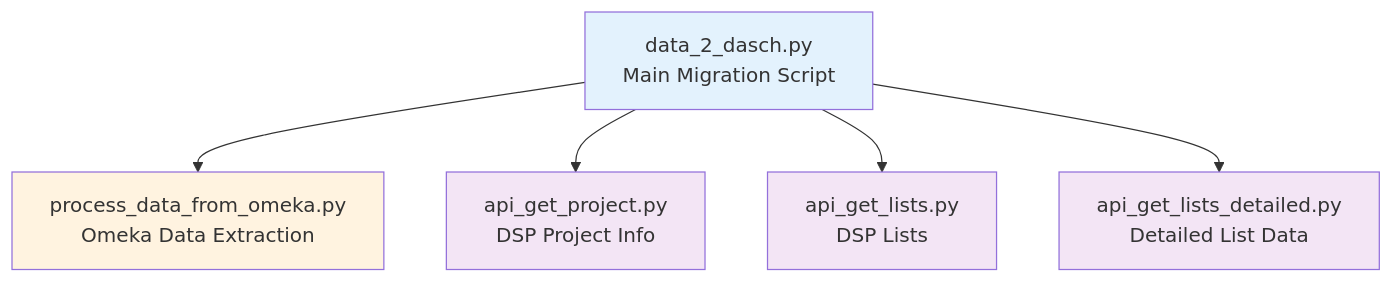
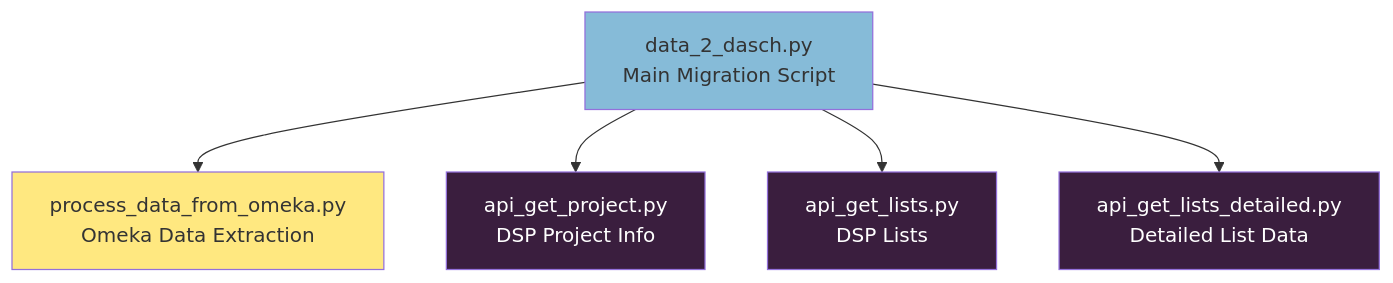
One commit to Stadt-Geschichte-Basel/omeka2dsp changed the diagram in docs/api/index.qmd. Above: the diagram before and after it, drawn with Mermaid. The commit also changed 22 other files, not shown here.

````diff
--- a/docs/api/index.qmd
+++ b/docs/api/index.qmd
@@ -12,19 +12,19 @@
 ```{mermaid}
 graph TD
     A[data_2_dasch.py<br/>Main Migration Script] --> B[process_data_from_omeka.py<br/>Omeka Data Extraction]
     A --> C[api_get_project.py<br/>DSP Project Info]
     A --> D[api_get_lists.py<br/>DSP Lists]
     A --> E[api_get_lists_detailed.py<br/>Detailed List Data]
 
     click A href "#data_2_dasch.py" "Jump to data_2_dasch.py"
     click B href "#process_data_from_omeka.py" "Jump to process_data_from_omeka.py"
     click C href "#api_get_project.py" "Jump to api_get_project.py"
     click D href "#api_get_lists.py" "Jump to api_get_lists.py"
     click E href "#api_get_lists_detailed.py" "Jump to api_get_lists_detailed.py"
     
-    style A fill:#e3f2fd
-    style B fill:#fff3e0
-    style C fill:#f3e5f5
-    style D fill:#f3e5f5
-    style E fill:#f3e5f5
+    style A fill:#86bbd8
+    style B fill:#ffe880
+    style C fill:#3a1e3e,color:#fff
+    style D fill:#3a1e3e,color:#fff
+    style E fill:#3a1e3e,color:#fff
 ```
````
